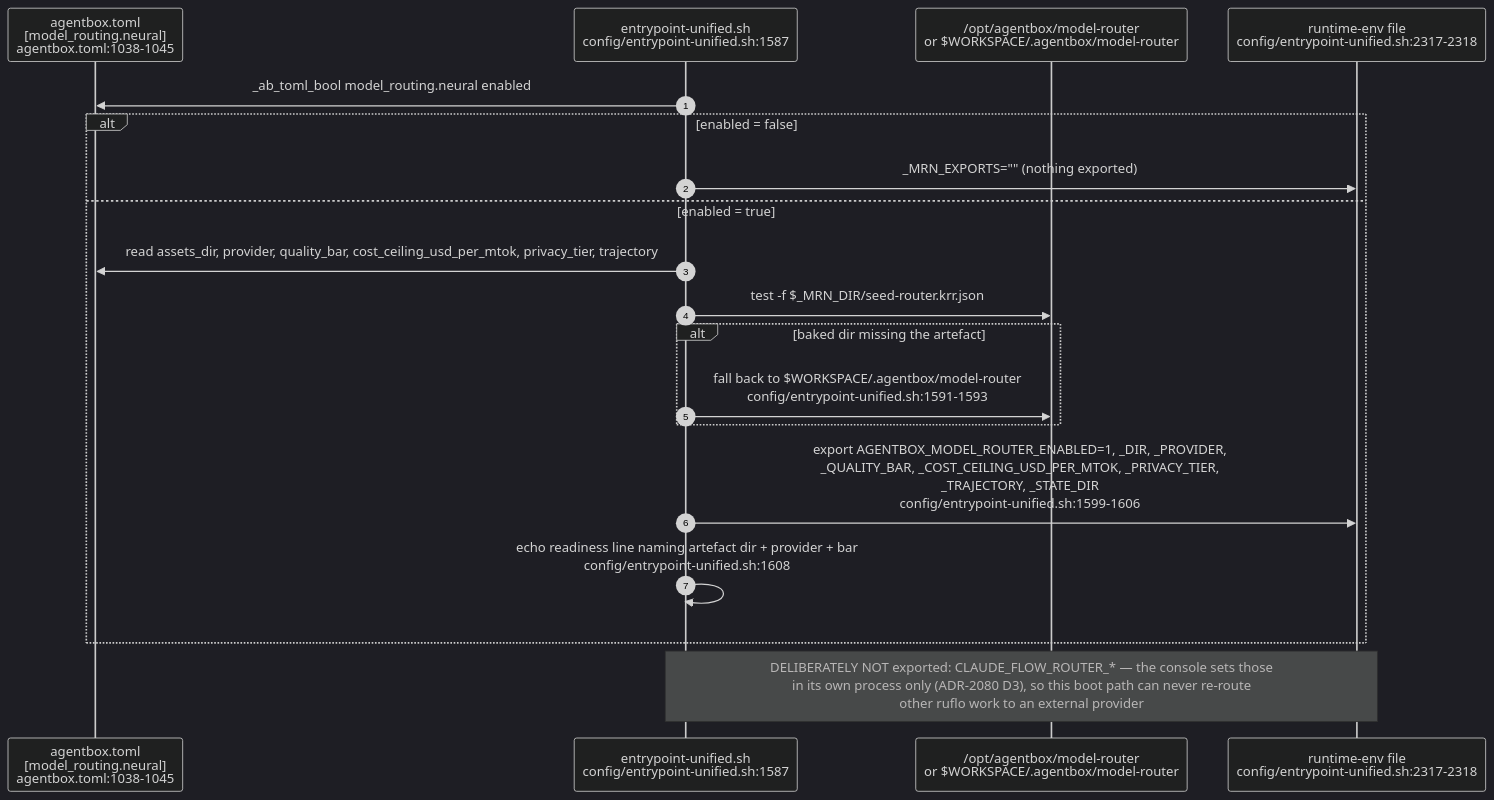
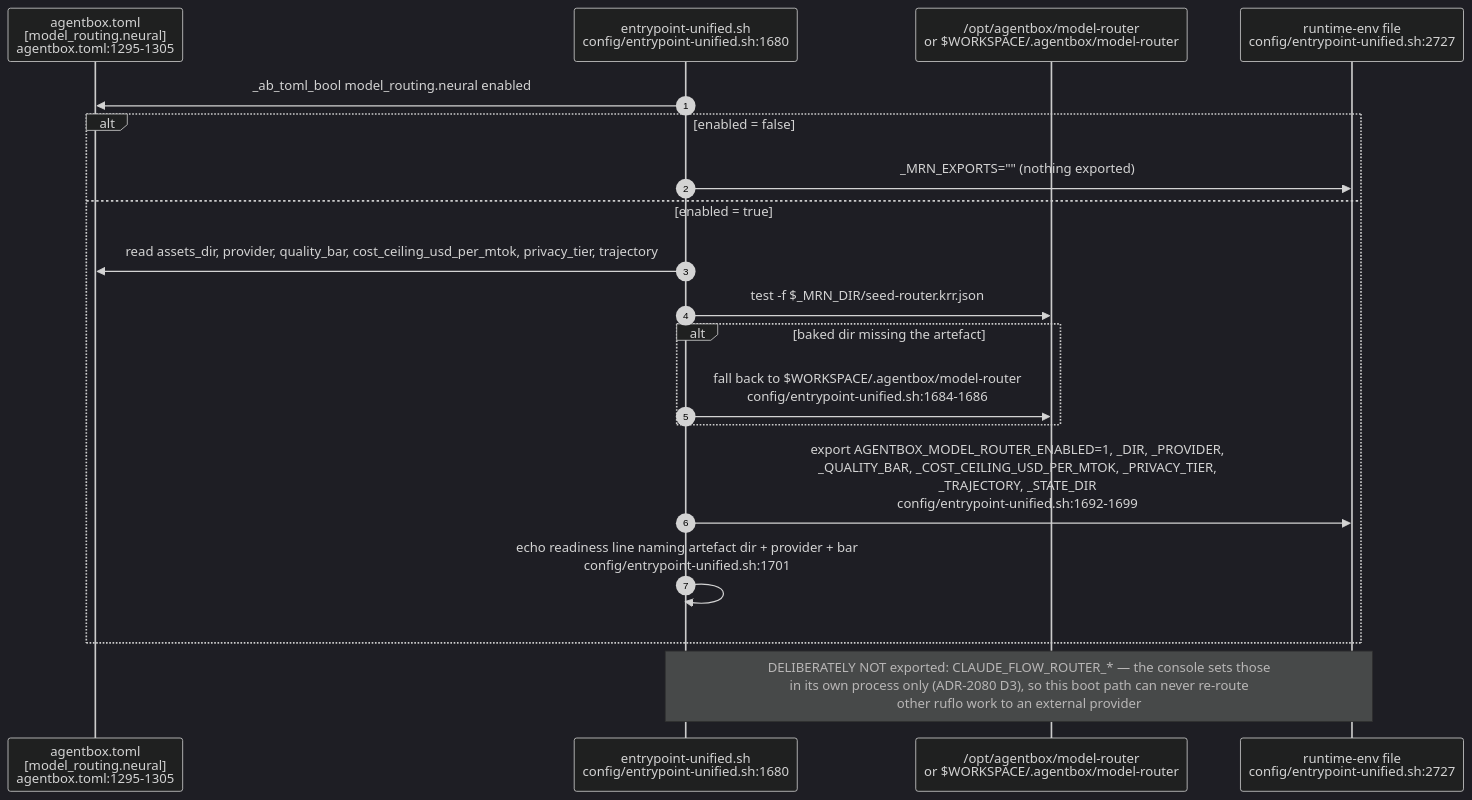
Before and after one commit to DreamLab-AI/VisionFlow: the second of 9 diagrams in docs/diagrams/agentbox/29-metaharness-router-console.md, drawn with Mermaid (dark theme). The commit also changed other lines of this file and 28 other files, not shown here.

````diff
--- a/docs/diagrams/agentbox/29-metaharness-router-console.md
+++ b/docs/diagrams/agentbox/29-metaharness-router-console.md
@@ -63,22 +64,22 @@
 ```mermaid
 sequenceDiagram
     autonumber
-    participant TOML as agentbox.toml<br/>[model_routing.neural]<br/>agentbox.toml:1038-1045
-    participant EP as entrypoint-unified.sh<br/>config/entrypoint-unified.sh:1587
+    participant TOML as agentbox.toml<br/>[model_routing.neural]<br/>agentbox.toml:1295-1305
+    participant EP as entrypoint-unified.sh<br/>config/entrypoint-unified.sh:1680
     participant DISK as /opt/agentbox/model-router<br/>or $WORKSPACE/.agentbox/model-router
-    participant ENV as runtime-env file<br/>config/entrypoint-unified.sh:2317-2318
+    participant ENV as runtime-env file<br/>config/entrypoint-unified.sh:2727
 
     EP->>TOML: _ab_toml_bool model_routing.neural enabled
     alt enabled = false
         EP->>ENV: _MRN_EXPORTS="" (nothing exported)
     else enabled = true
         EP->>TOML: read assets_dir, provider, quality_bar, cost_ceiling_usd_per_mtok, privacy_tier, trajectory
         EP->>DISK: test -f $_MRN_DIR/seed-router.krr.json
         alt baked dir missing the artefact
-            EP->>DISK: fall back to $WORKSPACE/.agentbox/model-router<br/>config/entrypoint-unified.sh:1591-1593
+            EP->>DISK: fall back to $WORKSPACE/.agentbox/model-router<br/>config/entrypoint-unified.sh:1684-1686
         end
-        EP->>ENV: export AGENTBOX_MODEL_ROUTER_ENABLED=1, _DIR, _PROVIDER,<br/>_QUALITY_BAR, _COST_CEILING_USD_PER_MTOK, _PRIVACY_TIER,<br/>_TRAJECTORY, _STATE_DIR<br/>config/entrypoint-unified.sh:1599-1606
-        EP->>EP: echo readiness line naming artefact dir + provider + bar<br/>config/entrypoint-unified.sh:1608
+        EP->>ENV: export AGENTBOX_MODEL_ROUTER_ENABLED=1, _DIR, _PROVIDER,<br/>_QUALITY_BAR, _COST_CEILING_USD_PER_MTOK, _PRIVACY_TIER,<br/>_TRAJECTORY, _STATE_DIR<br/>config/entrypoint-unified.sh:1692-1699
+        EP->>EP: echo readiness line naming artefact dir + provider + bar<br/>config/entrypoint-unified.sh:1701
     end
     Note over EP,ENV: DELIBERATELY NOT exported: CLAUDE_FLOW_ROUTER_* — the console sets those<br/>in its own process only (ADR-2080 D3), so this boot path can never re-route<br/>other ruflo work to an external provider
 ```
````
